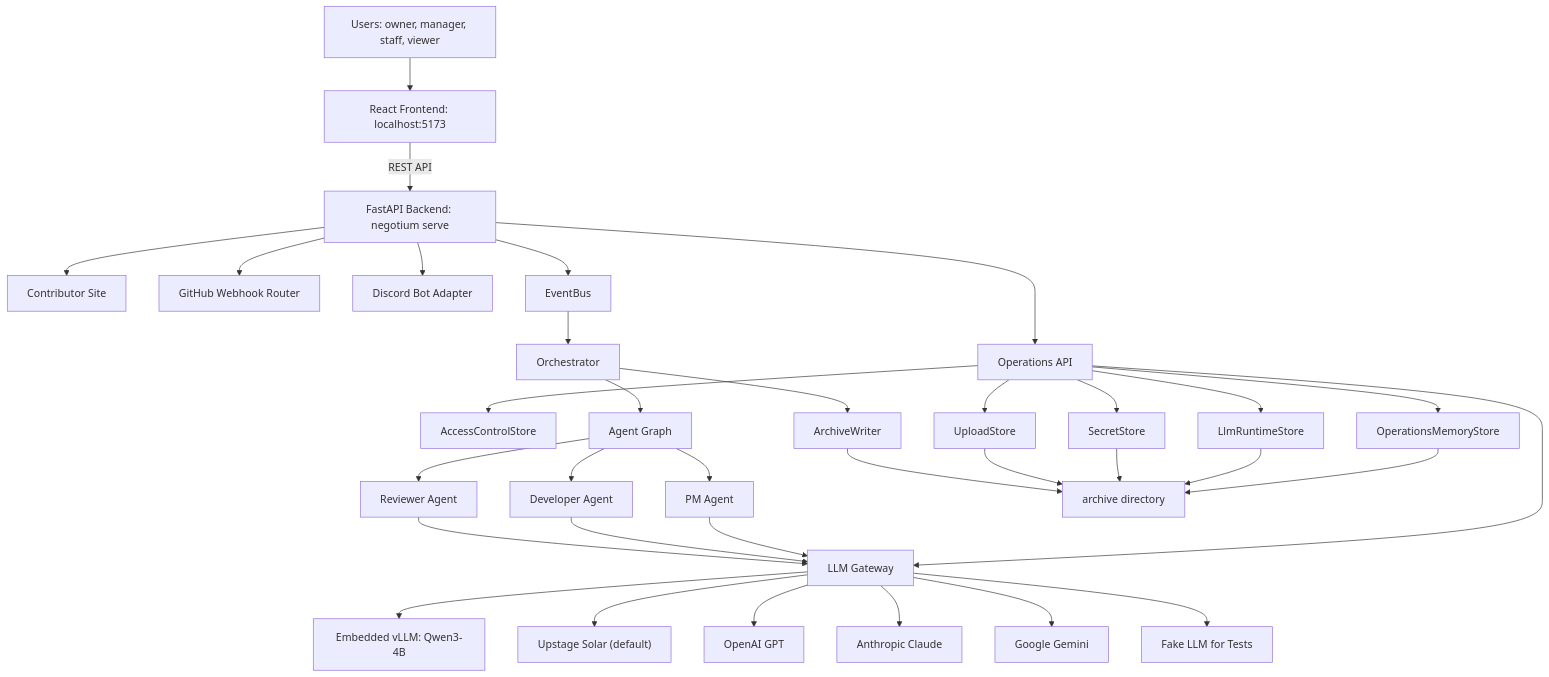
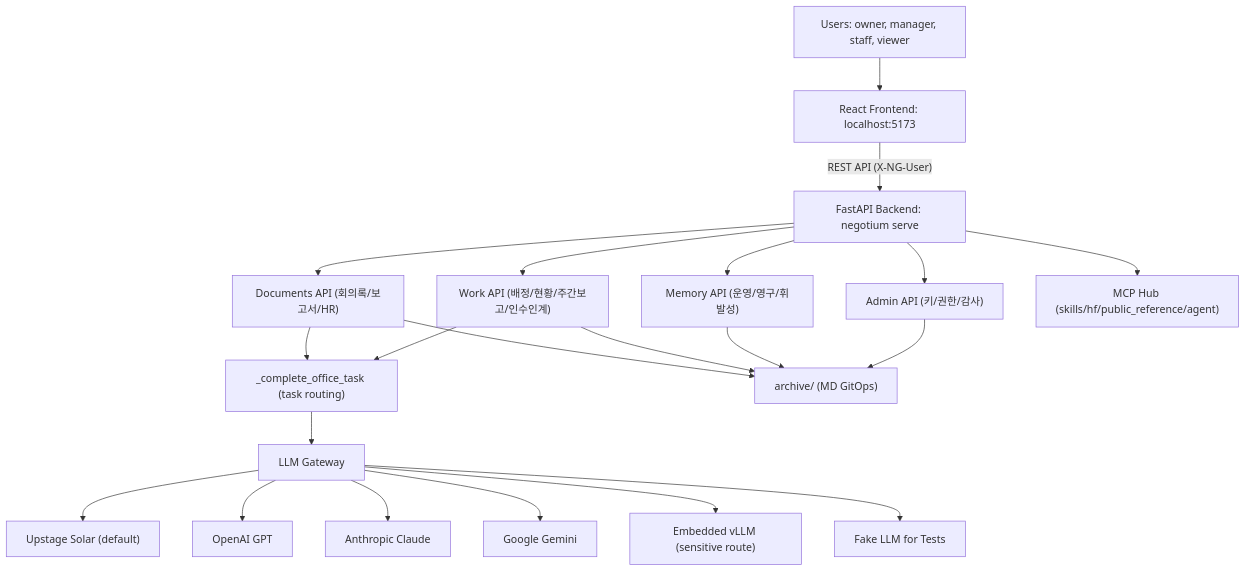
One commit to PatchMachine/Negotium changed the first of 6 diagrams in docs/architecture.md. Above: the diagram before and after it, drawn with Mermaid. The commit also changed other lines of this file and 2 other files, not shown here.

First line of the commit message:
Reposition docs around the office core loop

````diff
--- a/docs/architecture.md
+++ b/docs/architecture.md
@@ -7,43 +8,28 @@
 ```mermaid
 flowchart TB
   User["Users: owner, manager, staff, viewer"] --> Frontend["React Frontend: localhost:5173"]
 
-  Frontend -->|"REST API"| FastAPI["FastAPI Backend: negotium serve"]
+  Frontend -->|"REST API (X-NG-User)"| FastAPI["FastAPI Backend: negotium serve"]
 
-  FastAPI --> OperationsAPI["Operations API"]
-  FastAPI --> ContributorSite["Contributor Site"]
-  FastAPI --> GithubWebhook["GitHub Webhook Router"]
-  FastAPI --> DiscordBot["Discord Bot Adapter"]
+  FastAPI --> Documents["Documents API (회의록/보고서/HR)"]
+  FastAPI --> Work["Work API (배정/현황/주간보고/인수인계)"]
+  FastAPI --> Memory["Memory API (운영/영구/휘발성)"]
+  FastAPI --> Admin["Admin API (키/권한/감사)"]
+  FastAPI --> McpHub["MCP Hub (skills/hf/public_reference/agent)"]
 
-  OperationsAPI --> AccessControl["AccessControlStore"]
-  OperationsAPI --> SecretStore["SecretStore"]
-  OperationsAPI --> UploadStore["UploadStore"]
-  OperationsAPI --> OperationsMemory["OperationsMemoryStore"]
-  OperationsAPI --> LlmRuntime["LlmRuntimeStore"]
-  OperationsAPI --> LlmGateway["LLM Gateway"]
+  Documents --> OfficeTask["_complete_office_task (task routing)"]
+  Work --> OfficeTask
+  OfficeTask --> LlmGateway["LLM Gateway"]
 
-  LlmGateway --> LocalVllm["Embedded vLLM: Qwen3-4B"]
   LlmGateway --> Solar["Upstage Solar (default)"]
   LlmGateway --> OpenAI["OpenAI GPT"]
   LlmGateway --> Claude["Anthropic Claude"]
   LlmGateway --> Gemini["Google Gemini"]
+  LlmGateway --> LocalVllm["Embedded vLLM (sensitive route)"]
   LlmGateway --> FakeLLM["Fake LLM for Tests"]
 
-  FastAPI --> EventBus["EventBus"]
-  EventBus --> Orchestrator["Orchestrator"]
-  Orchestrator --> AgentGraph["Agent Graph"]
-  AgentGraph --> PmAgent["PM Agent"]
-  AgentGraph --> DevAgent["Developer Agent"]
-  AgentGraph --> ReviewerAgent["Reviewer Agent"]
-
-  PmAgent --> LlmGateway
-  DevAgent --> LlmGateway
-  ReviewerAgent --> LlmGateway
-
-  OperationsMemory --> Archive["archive directory"]
-  LlmRuntime --> Archive
-  SecretStore --> Archive
-  UploadStore --> Archive
-  Orchestrator --> ArchiveWriter["ArchiveWriter"]
-  ArchiveWriter --> Archive
+  Documents --> Archive["archive/ (MD GitOps)"]
+  Work --> Archive
+  Memory --> Archive
+  Admin --> Archive
 ```
````
